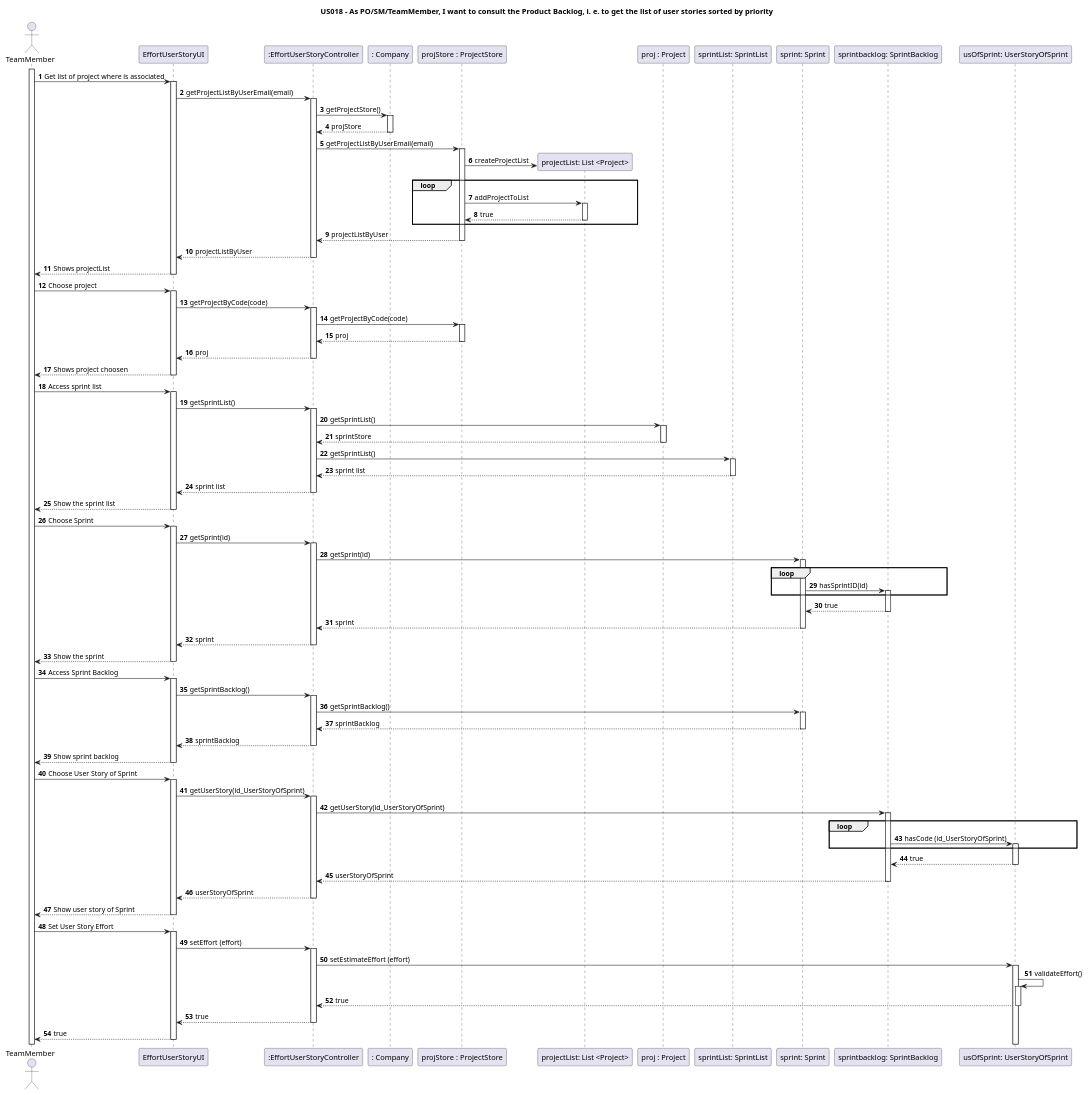
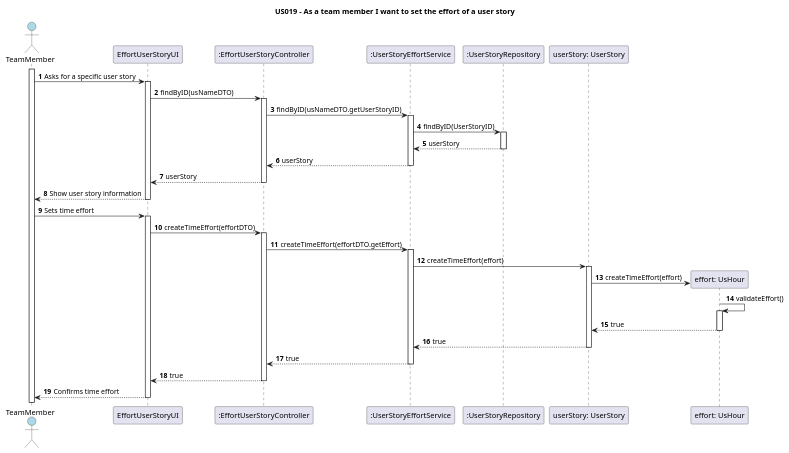
Before and after one commit to nunogon1211787/projectManagement: the diagram in docs/Sprint2/US019/US019-SD.puml, drawn with PlantUML. The commit also changed 93 other files, not shown here.

Commit message:
Refactoring: Refactoring of US005 Create Project. SD, CD and SSD (addresses #147)

```diff
--- a/docs/Sprint2/US019/US019-SD.puml
+++ b/docs/Sprint2/US019/US019-SD.puml
@@ -1,92 +1,43 @@
 @startuml
 'https://plantuml.com/sequence-diagram
 
-title US018 - As PO/SM/TeamMember, I want to consult the Product Backlog, i. e. to get the list of user stories sorted by priority
+title US019 - As a team member I want to set the effort of a user story
 
 autoactivate on
 autonumber
 
-actor "TeamMember" as User
+actor "TeamMember" as User #lightblue
 participant "EffortUserStoryUI" as System
 participant ":EffortUserStoryController" as Ctrl
-participant ": Company" as C1
-participant "projStore : ProjectStore" as C2
-participant "projectList: List <Project>" as C2.1
-participant "proj : Project" as C3
-participant "sprintList: SprintList" as C4
-participant "sprint: Sprint" as C5
-participant "sprintbacklog: SprintBacklog" as C6
-participant "usOfSprint: UserStoryOfSprint" as C7
+participant ":UserStoryEffortService" as Service
+participant ":UserStoryRepository" as Repo
+participant "userStory: UserStory" as US
+participant "effort: UsHour" as Effort
 
 activate User
 
-User -> System: Get list of project where is associated
-System -> Ctrl: getProjectListByUserEmail(email)
-Ctrl -> C1: getProjectStore()
-C1 --> Ctrl: projStore
-Ctrl -> C2: getProjectListByUserEmail(email)
-
-C2 -> C2.1 ** : createProjectList
-loop
-C2-> C2.1 : addProjectToList
-C2.1 --> C2 : true
-end
+User -> System: Asks for a specific user story
+System -> Ctrl: findByID(usNameDTO)
+Ctrl -> Service: findByID(usNameDTO.getUserStoryID)
+Service -> Repo: findByID(UserStoryID)
+Repo --> Service: userStory
+Service --> Ctrl: userStory
+Ctrl --> System: userStory
+System --> User: Show user story information
+User -> System: Sets time effort
+System -> Ctrl: createTimeEffort(effortDTO)
+Ctrl -> Service: createTimeEffort(effortDTO.getEffort)
+Service -> US: createTimeEffort(effort)
+US -> Effort**: createTimeEffort(effort)
+Effort -> Effort: validateEffort()
+Effort --> US: true
+US --> Service: true
+Service --> Ctrl: true
+Ctrl --> System: true
+System --> User: Confirms time effort
 
 
-C2 --> Ctrl: projectListByUser
-Ctrl --> System: projectListByUser
-System --> User : Shows projectList
-User -> System: Choose project
-System -> Ctrl: getProjectByCode(code)
-Ctrl -> C2 : getProjectByCode(code)
-C2 --> Ctrl : proj
-Ctrl --> System : proj
-System --> User :Shows project choosen
 
-User -> System: Access sprint list
-System -> Ctrl: getSprintList()
-Ctrl-> C3 : getSprintList()
-C3 --> Ctrl : sprintStore
-Ctrl -> C4 : getSprintList()
-C4 --> Ctrl : sprint list
-Ctrl --> System : sprint list
-System --> User : Show the sprint list
 
-User -> System: Choose Sprint
-System -> Ctrl: getSprint(id)
-Ctrl -> C5 : getSprint(id)
-loop
-C5-> C6 : hasSprintID(id)
-end
-C6-->C5 : true
-C5 -->Ctrl: sprint
-Ctrl --> System: sprint
-System --> User: Show the sprint
-
-User-> System : Access Sprint Backlog
-System -> Ctrl: getSprintBacklog()
-Ctrl -> C5 : getSprintBacklog()
-C5 --> Ctrl : sprintBacklog
-Ctrl --> System: sprintBacklog
-System --> User : Show sprint backlog
-
-User -> System: Choose User Story of Sprint
-System -> Ctrl: getUserStory(id_UserStoryOfSprint)
-Ctrl -> C6: getUserStory(id_UserStoryOfSprint)
-loop
-C6 -> C7 : hasCode (id_UserStoryOfSprint)
-end
-C7 --> C6 : true
-C6 -->Ctrl : userStoryOfSprint
-Ctrl --> System: userStoryOfSprint
-System --> User: Show user story of Sprint
-
-User -> System: Set User Story Effort
-System -> Ctrl: setEffort (effort)
-Ctrl -> C7 : setEstimateEffort (effort)
-C7 -> C7 : validateEffort()
-C7 --> Ctrl: true
-Ctrl --> System: true
-System --> User: true
 
 @enduml
```
